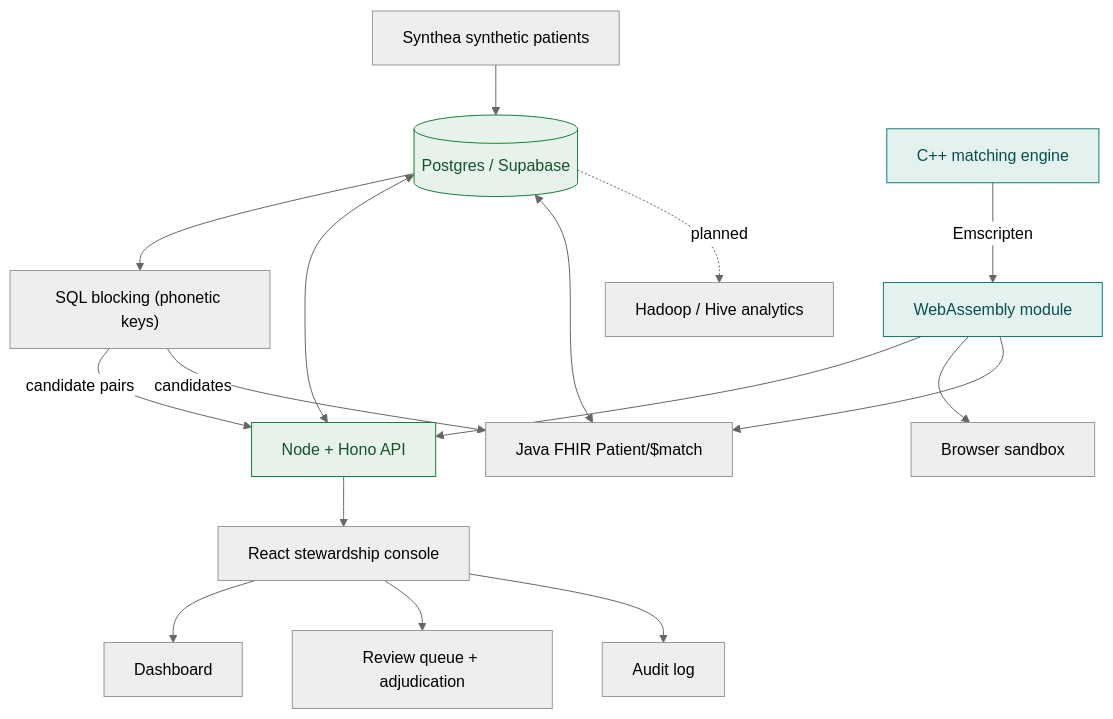
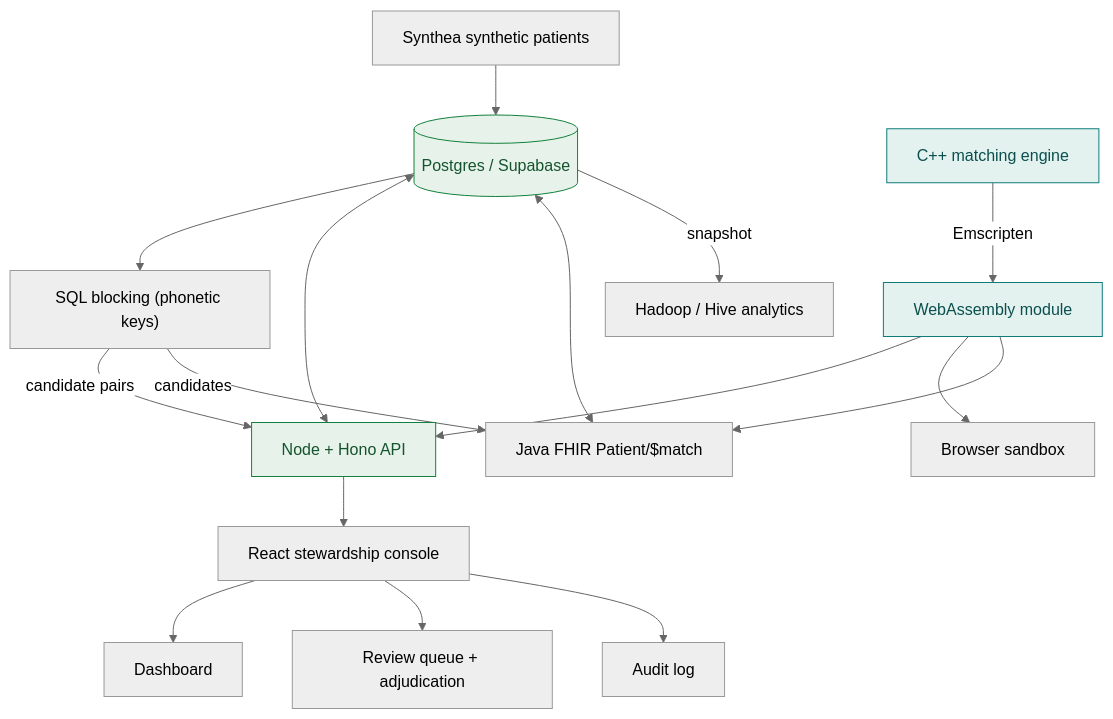
The diagram in README.md (royalgillz/PatientDedupe), drawn with Mermaid (neutral theme) before and after one commit. The commit also changed other lines of this file and 17 other files, not shown here.

First line of the commit message:
Add the Hadoop duplicate-rate-by-site analytics

````diff
--- a/README.md
+++ b/README.md
@@ -64,23 +64,23 @@
 ```mermaid
 flowchart TD
     A["Synthea synthetic patients"] --> DB[("Postgres / Supabase")]
     E["C++ matching engine"] -->|"Emscripten"| W["WebAssembly module"]
     W --> API["Node + Hono API"]
     W --> SB["Browser sandbox"]
     DB --> BLK["SQL blocking (phonetic keys)"]
     BLK -->|"candidate pairs"| API
     DB <--> API
     API --> UI["React stewardship console"]
     UI --> D1["Dashboard"]
     UI --> D2["Review queue + adjudication"]
     UI --> D3["Audit log"]
     W --> FHIR["Java FHIR Patient/$match"]
     BLK -->|"candidates"| FHIR
     DB <--> FHIR
-    DB -. planned .-> HV["Hadoop / Hive analytics"]
+    DB -->|"snapshot"| HV["Hadoop / Hive analytics"]
 
     classDef core fill:#e3f2ef,stroke:#0e7c7b,color:#0a4f4e;
     classDef data fill:#e7f3ea,stroke:#15803d,color:#14532d;
     class E,W core;
     class DB,API data;
 ```
````
